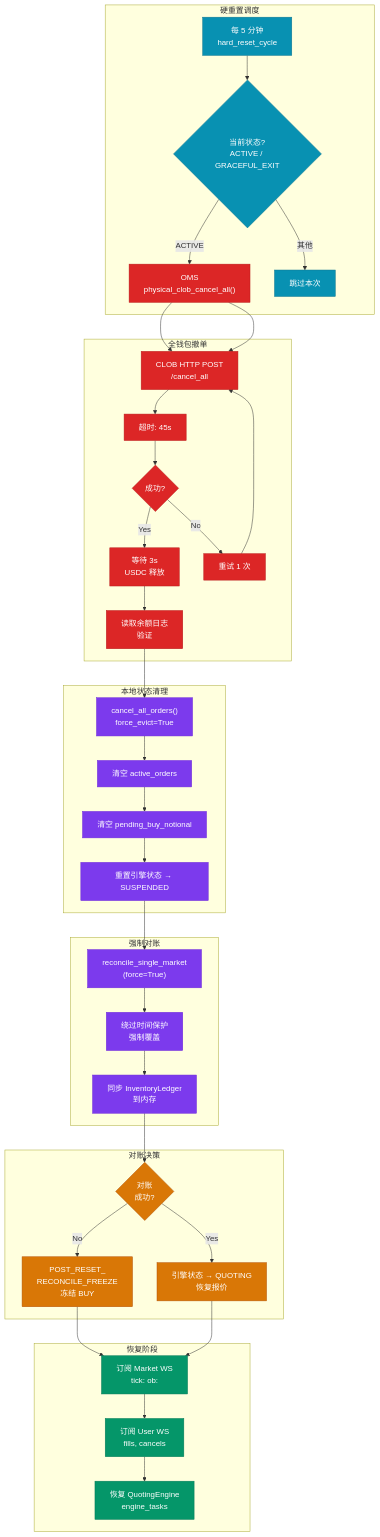
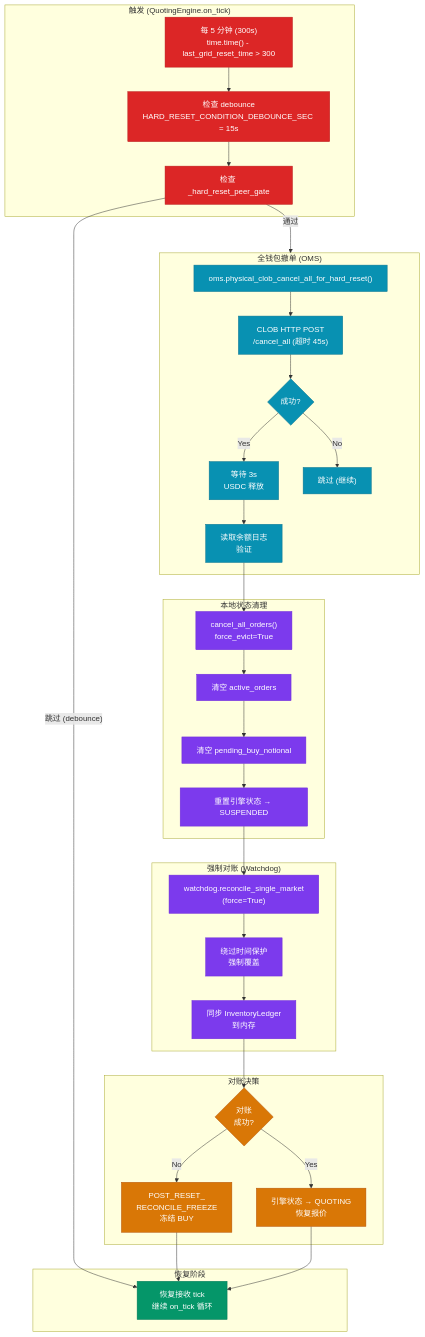
The first of 3 diagrams in spec/architecture_diagrams/10_hard_reset_flow.md (liu-kaining/PolyMatrixEngine), drawn with Mermaid before and after one commit. The commit also changed other lines of this file and 11 other files, not shown here.

````diff
--- a/spec/architecture_diagrams/10_hard_reset_flow.md
+++ b/spec/architecture_diagrams/10_hard_reset_flow.md
@@ -3,79 +5,74 @@
 ```mermaid
 %%{init: {'theme': 'base', 'themeVariables': {
   'primaryColor': '#1e3a5f',
   'primaryTextColor': '#ffffff',
   'primaryBorderColor': '#334155',
   'lineColor': '#64748b'
 }}%%
 flowchart TB
-    subgraph Schedule["硬重置调度"]
-        A["每 5 分钟<br/>hard_reset_cycle"]
-        B{"当前状态?<br/>ACTIVE / GRACEFUL_EXIT"}
-        A --> B
-        B -->|ACTIVE| C["继续重置流程"]
-        B -->|其他| D["跳过本次"]
+    subgraph Trigger["触发 (QuotingEngine.on_tick)"]
+        A["每 5 分钟 (300s)<br/>time.time() - last_grid_reset_time > 300"]
+        B["检查 debounce<br/>HARD_RESET_CONDITION_DEBOUNCE_SEC = 15s"]
+        C["检查 _hard_reset_peer_gate"]
     end
 
-    subgraph CancelAll["全钱包撤单"]
-        C["OMS<br/>physical_clob_cancel_all()"]
-        E["CLOB HTTP POST<br/>/cancel_all"]
-        F["超时: 45s"]
-        G{"成功?"}
-        H["等待 3s<br/>USDC 释放"]
-        I["读取余额日志<br/>验证"]
-        C --> E --> F --> G
-        G -->|Yes| H --> I
-        G -->|No| J["重试 1 次"]
-        J --> E
+    subgraph CancelAll["全钱包撤单 (OMS)"]
+        D["oms.physical_clob_cancel_all_for_hard_reset()"]
+        E["CLOB HTTP POST<br/>/cancel_all (超时 45s)"]
+        F{"成功?"}
+        G["等待 3s<br/>USDC 释放"]
+        H["读取余额日志<br/>验证"]
+        D --> E --> F
+        F -->|Yes| G --> H
+        F -->|No| I["跳过 (继续)"]
     end
 
     subgraph LocalCancel["本地状态清理"]
-        K["cancel_all_orders()<br/>force_evict=True"]
-        L["清空 active_orders"]
-        M["清空 pending_buy_notional"]
-        N["重置引擎状态 → SUSPENDED"]
+        J["cancel_all_orders()<br/>force_evict=True"]
+        K["清空 active_orders"]
+        L["清空 pending_buy_notional"]
+        M["重置引擎状态 → SUSPENDED"]
     end
 
-    subgraph ForceReconcile["强制对账"]
-        O["reconcile_single_market<br/>(force=True)"]
-        P["绕过时间保护<br/>强制覆盖"]
-        Q["同步 InventoryLedger<br/>到内存"]
+    subgraph ForceReconcile["强制对账 (Watchdog)"]
+        N["watchdog.reconcile_single_market<br/>(force=True)"]
+        O["绕过时间保护<br/>强制覆盖"]
+        P["同步 InventoryLedger<br/>到内存"]
     end
 
     subgraph Decision["对账决策"]
-        R{"对账<br/>成功?"}
-        S["POST_RESET_<br/>RECONCILE_FREEZE<br/>冻结 BUY"]
-        T["引擎状态 → QUOTING<br/>恢复报价"]
+        Q{"对账<br/>成功?"}
+        R["POST_RESET_<br/>RECONCILE_FREEZE<br/>冻结 BUY"]
+        S["引擎状态 → QUOTING<br/>恢复报价"]
     end
 
     subgraph Recovery["恢复阶段"]
-        U["订阅 Market WS<br/>tick: ob:"]
-        V["订阅 User WS<br/>fills, cancels"]
-        W["恢复 QuotingEngine<br/>engine_tasks"]
+        T["恢复接收 tick<br/>继续 on_tick 循环"]
     end
 
     %% 连接
-    C --> E
-    I --> K
-    K --> L --> M --> N
-    N --> O
-    O --> P --> Q
-    Q --> R
-    R -->|Yes| T
-    R -->|No| S
-    S --> U
-    T --> U
-    U --> V --> W
+    A --> B --> C
+    C -->|"通过"| CancelAll
+    C -->|"跳过 (debounce)"| T
+    H --> J
+    J --> K --> L --> M
+    M --> N
+    N --> O --> P
+    P --> Q
+    Q -->|Yes| S
+    Q -->|No| R
+    R --> T
+    S --> T
 
-    classDef schedule fill:#0891b2,stroke:#0e7490,color:#fff
-    classDef cancel fill:#dc2626,stroke:#b91c1c,color:#fff
+    classDef trigger fill:#dc2626,stroke:#b91c1c,color:#fff
+    classDef cancel fill:#0891b2,stroke:#0e7490,color:#fff
     classDef reconcile fill:#7c3aed,stroke:#6d28d9,color:#fff
     classDef decision fill:#d97706,stroke:#b45309,color:#fff
     classDef recovery fill:#059669,stroke:#047857,color:#fff
 
-    class A,B,D schedule
-    class C,E,F,G,H,I,J cancel
-    class K,L,M,N,O,P,Q reconcile
-    class R,S,T decision
-    class U,V,W recovery
+    class A,B,C trigger
+    class D,E,F,G,H,I cancel
+    class J,K,L,M,N,O,P reconcile
+    class Q,R,S decision
+    class T recovery
 ```
````
